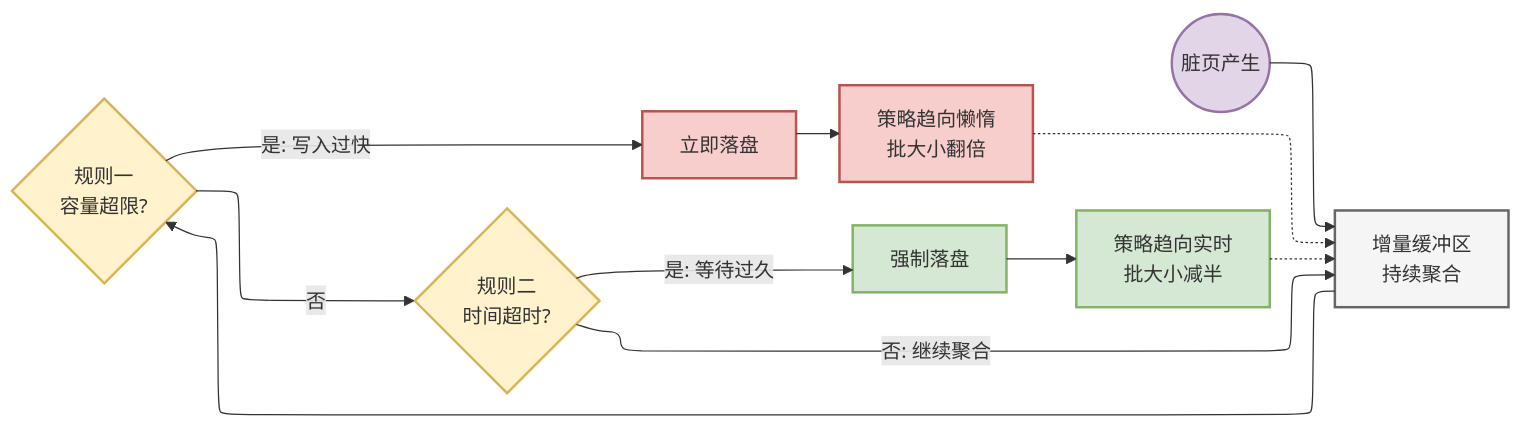
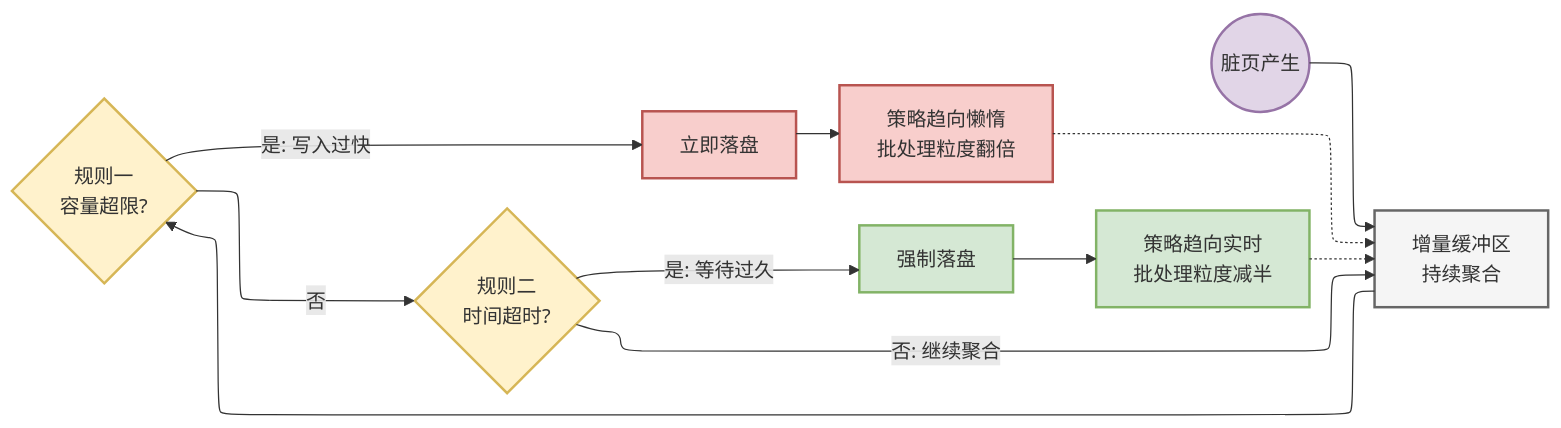
The diagram in figures/cont.mmd (Soul-of-Sky/lunwen), drawn with Mermaid before and after one commit. The commit also changed 19 other files, not shown here.

```diff
--- a/figures/cont.mmd
+++ b/figures/cont.mmd
@@ -1,30 +1,30 @@
 ---
 config:
   layout: elk
 ---
 flowchart LR
     Start(("脏页产生")) --> Buffer["增量缓冲区<br>持续聚合"]
     Buffer --> CheckCap{"规则一<br>容量超限?"}
     CheckCap -- 是: 写入过快 --> Act_High["立即落盘"]
-    Act_High --> Adjust_High["策略趋向懒惰<br>批大小翻倍"]
+    Act_High --> Adjust_High["策略趋向懒惰<br>批处理粒度翻倍"]
     CheckCap -- 否 --> CheckTime{"规则二<br>时间超时?"}
     CheckTime -- 是: 等待过久 --> Act_Low["强制落盘"]
-    Act_Low --> Adjust_Low["策略趋向实时<br>批大小减半"]
+    Act_Low --> Adjust_Low["策略趋向实时<br>批处理粒度减半"]
     CheckTime -- 否: 继续聚合 --> Buffer
     Adjust_High -.-> Buffer
     Adjust_Low -.-> Buffer
     Act_High ~~~ Act_Low
 
      Start:::terminator
      Buffer:::process
      CheckCap:::decision
      Act_High:::highLoad
      Adjust_High:::highLoad
      CheckTime:::decision
      Act_Low:::lowLoad
      Adjust_Low:::lowLoad
     classDef process fill:#f5f5f5,stroke:#666,stroke-width:2px,color:#333
     classDef decision fill:#fff2cc,stroke:#d6b656,stroke-width:2px,color:#333
     classDef highLoad fill:#f8cecc,stroke:#b85450,stroke-width:2px,color:#333
     classDef lowLoad fill:#d5e8d4,stroke:#82b366,stroke-width:2px,color:#333
     classDef terminator fill:#e1d5e7,stroke:#9673a6,stroke-width:2px,color:#333
```
